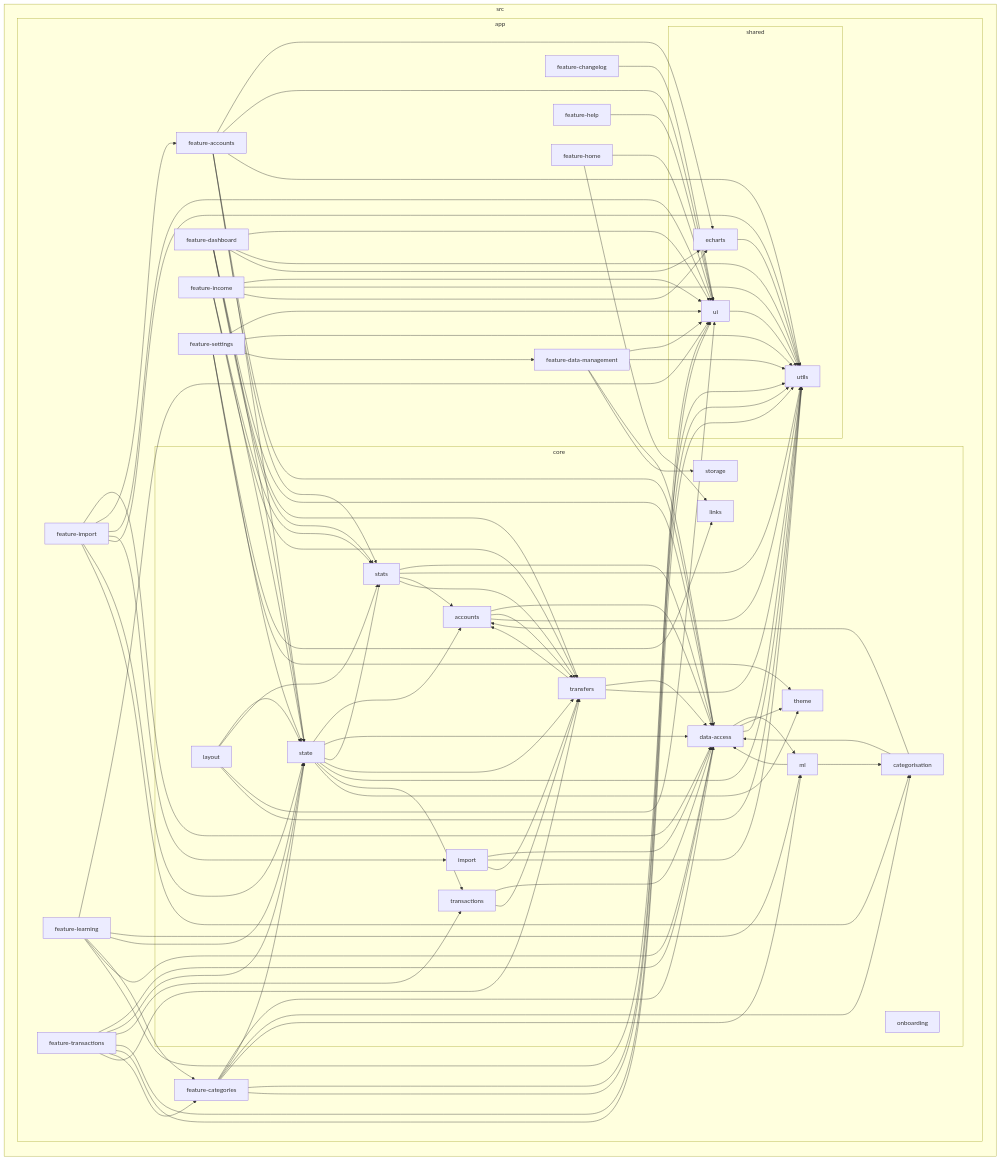
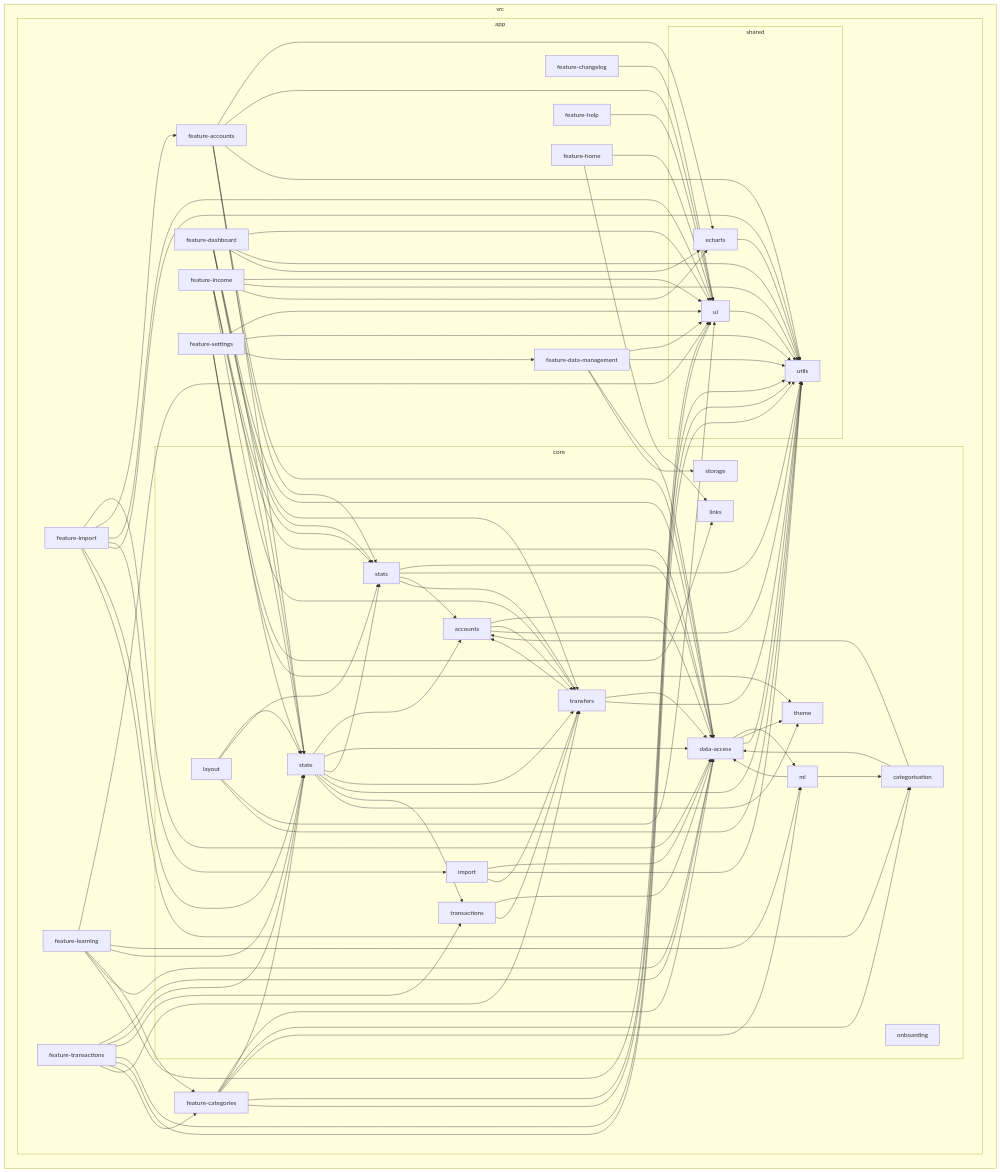
The diagram in reports/dependency-graph.mmd (kevhauma/money-mosaic-v2), drawn with Mermaid before and after one commit. The commit also changed 33 other files, not shown here.

```diff
--- a/reports/dependency-graph.mmd
+++ b/reports/dependency-graph.mmd
@@ -1,133 +1,134 @@
 flowchart LR
 
 subgraph 0["src"]
 subgraph 1["app"]
 subgraph 2["core"]
 3["accounts"]
 4["categorisation"]
 5["data-access"]
 6["import"]
 7["layout"]
 8["links"]
 9["ml"]
 A["onboarding"]
 B["state"]
 C["stats"]
 D["storage"]
 E["theme"]
 F["transactions"]
 G["transfers"]
 end
 H["feature-accounts"]
 I["feature-categories"]
 J["feature-changelog"]
 K["feature-dashboard"]
 L["feature-data-management"]
 M["feature-help"]
 N["feature-home"]
 O["feature-import"]
 P["feature-income"]
 Q["feature-learning"]
 R["feature-settings"]
 S["feature-transactions"]
 subgraph T["shared"]
 U["echarts"]
 V["ui"]
 W["utils"]
 end
 end
 end
 3-->5
 3-->G
 3-->W
 4-->5
 4-->3
 5-->9
 5-->E
 5-->W
 6-->5
 6-->W
 6-->G
 7-->B
 7-->C
 7-->V
 7-->W
 9-->4
 9-->5
 B-->3
 B-->5
 B-->C
 B-->G
 B-->W
 B-->F
 B-->E
 C-->5
 C-->W
 C-->3
 C-->G
 F-->5
 F-->G
 G-->5
 G-->3
 G-->W
 H-->5
 H-->U
 H-->B
 H-->V
 H-->W
 H-->C
 I-->5
 I-->B
 I-->V
 I-->W
 I-->4
 I-->9
 J-->V
 K-->5
 K-->B
 K-->V
 K-->W
 K-->G
 K-->C
 K-->U
 L-->5
 L-->D
 L-->V
 L-->W
 M-->V
 N-->8
 N-->V
 O-->5
 O-->H
 O-->V
 O-->6
 O-->W
 O-->B
 O-->4
 P-->C
 P-->V
 P-->W
 P-->B
+P-->5
 P-->G
 P-->U
 Q-->V
 Q-->9
 Q-->B
 Q-->I
 Q-->5
 Q-->W
 R-->V
 R-->8
 R-->B
 R-->W
 R-->L
 R-->E
 S-->5
 S-->B
 S-->F
 S-->V
 S-->W
 S-->I
 S-->G
 U-->W
 V-->W
```
